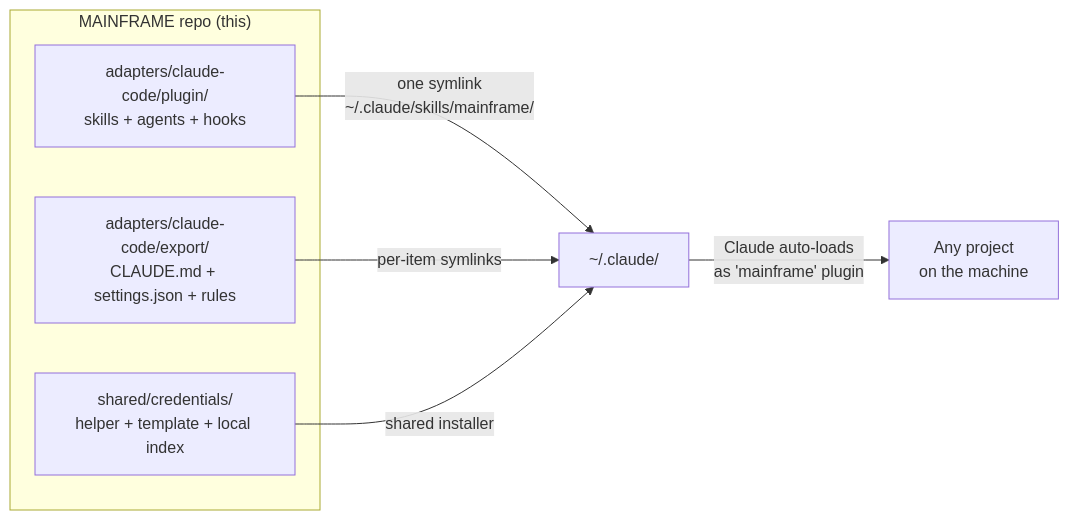
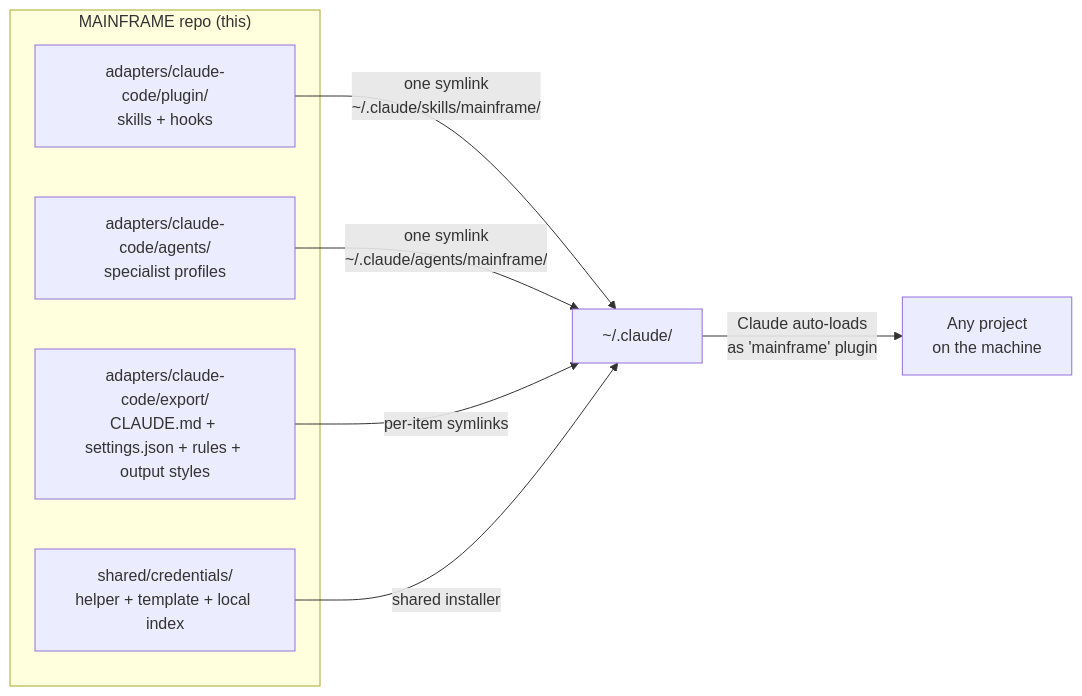
Before and after one commit to CATWILLgh/MAINFRAME: the first of 3 diagrams in README.md, drawn with Mermaid. The commit also changed other lines of this file and 16 other files, not shown here.

Commit message:
docs(claude-code): remove obsolete layer specifications

````diff
--- a/README.md
+++ b/README.md
@@ -167,13 +167,15 @@
 ```mermaid
 graph LR
     subgraph repo["MAINFRAME repo (this)"]
-      P[adapters/claude-code/plugin/<br/>skills + agents + hooks]
-      E[adapters/claude-code/export/<br/>CLAUDE.md + settings.json + rules]
+      P[adapters/claude-code/plugin/<br/>skills + hooks]
+      A[adapters/claude-code/agents/<br/>specialist profiles]
+      E[adapters/claude-code/export/<br/>CLAUDE.md + settings.json + rules + output styles]
       S[shared/credentials/<br/>helper + template + local index]
     end
 
     P -->|one symlink<br/>~/.claude/skills/mainframe/| home[~/.claude/]
+    A -->|one symlink<br/>~/.claude/agents/mainframe/| home
     E -->|per-item symlinks| home
     S -->|shared installer| home
     home -->|Claude auto-loads<br/>as 'mainframe' plugin| any[Any project<br/>on the machine]
 ```
````
